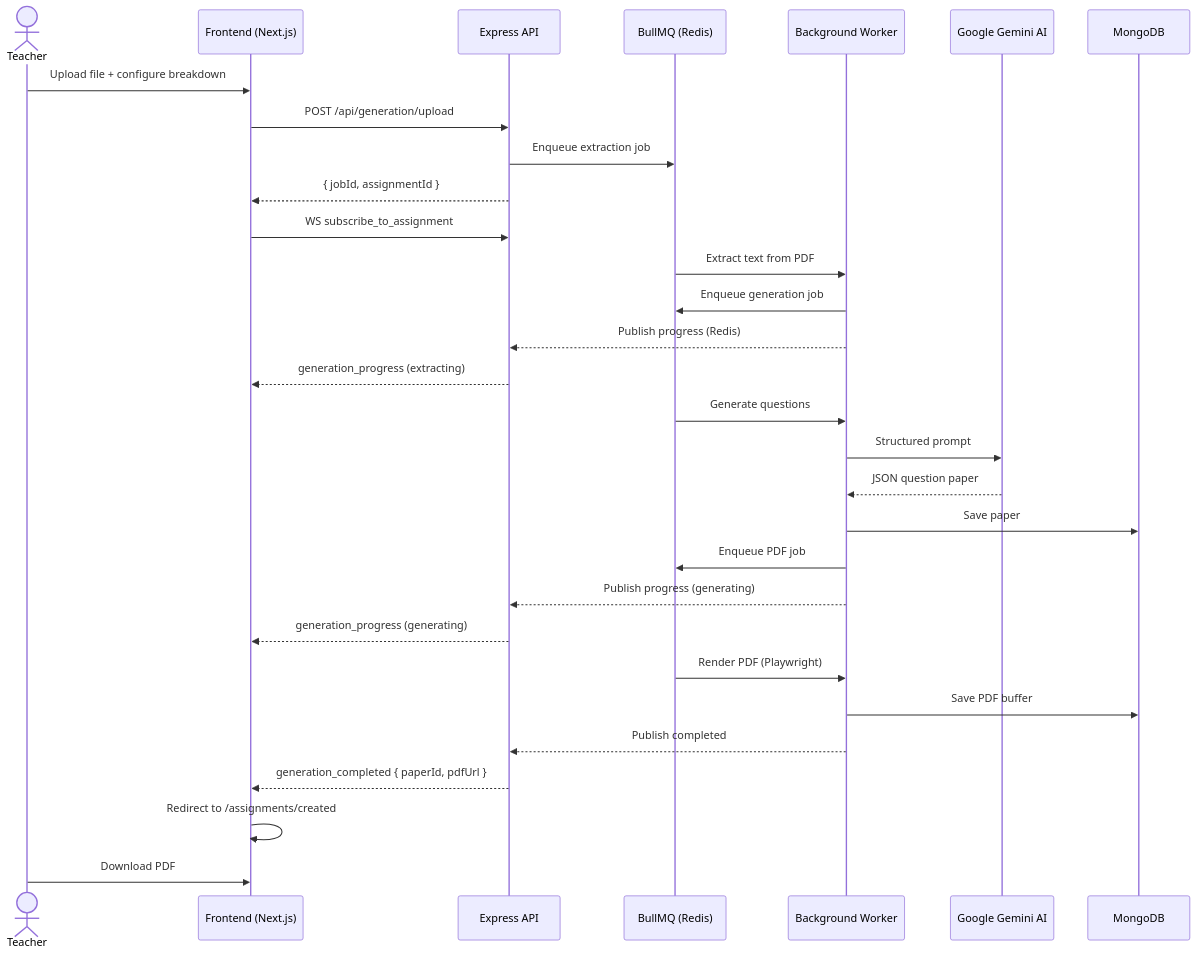
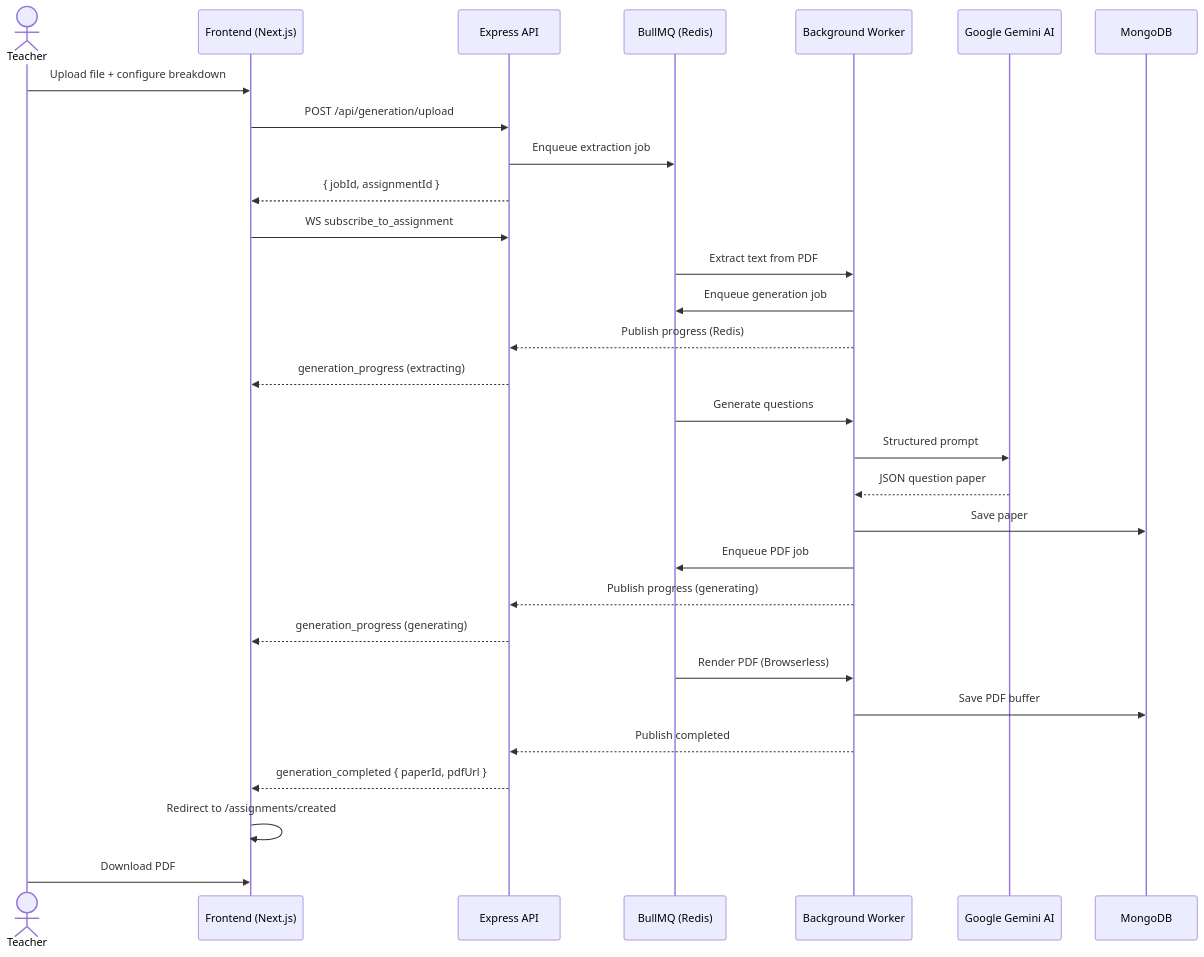
One commit to 10billionpercent/question-generator changed the second of 2 diagrams in README.md. Above: the diagram before and after it, drawn with Mermaid. The commit also changed other lines of this file, not shown here.

Commit message:
remove playwright everywhere in README

````diff
--- a/README.md
+++ b/README.md
@@ -81,36 +81,36 @@
 ```mermaid
 sequenceDiagram
     actor Teacher
     participant FE as Frontend (Next.js)
     participant API as Express API
     participant Queue as BullMQ (Redis)
     participant Worker as Background Worker
     participant Gemini as Google Gemini AI
     participant DB as MongoDB
 
     Teacher->>FE: Upload file + configure breakdown
     FE->>API: POST /api/generation/upload
     API->>Queue: Enqueue extraction job
     API-->>FE: { jobId, assignmentId }
     FE->>API: WS subscribe_to_assignment
 
     Queue->>Worker: Extract text from PDF
     Worker->>Queue: Enqueue generation job
     Worker-->>API: Publish progress (Redis)
     API-->>FE: generation_progress (extracting)
 
     Queue->>Worker: Generate questions
     Worker->>Gemini: Structured prompt
     Gemini-->>Worker: JSON question paper
     Worker->>DB: Save paper
     Worker->>Queue: Enqueue PDF job
     Worker-->>API: Publish progress (generating)
     API-->>FE: generation_progress (generating)
 
-    Queue->>Worker: Render PDF (Playwright)
+    Queue->>Worker: Render PDF (Browserless)
     Worker->>DB: Save PDF buffer
     Worker-->>API: Publish completed
     API-->>FE: generation_completed { paperId, pdfUrl }
     FE->>FE: Redirect to /assignments/created
     Teacher->>FE: Download PDF
 ```
````
